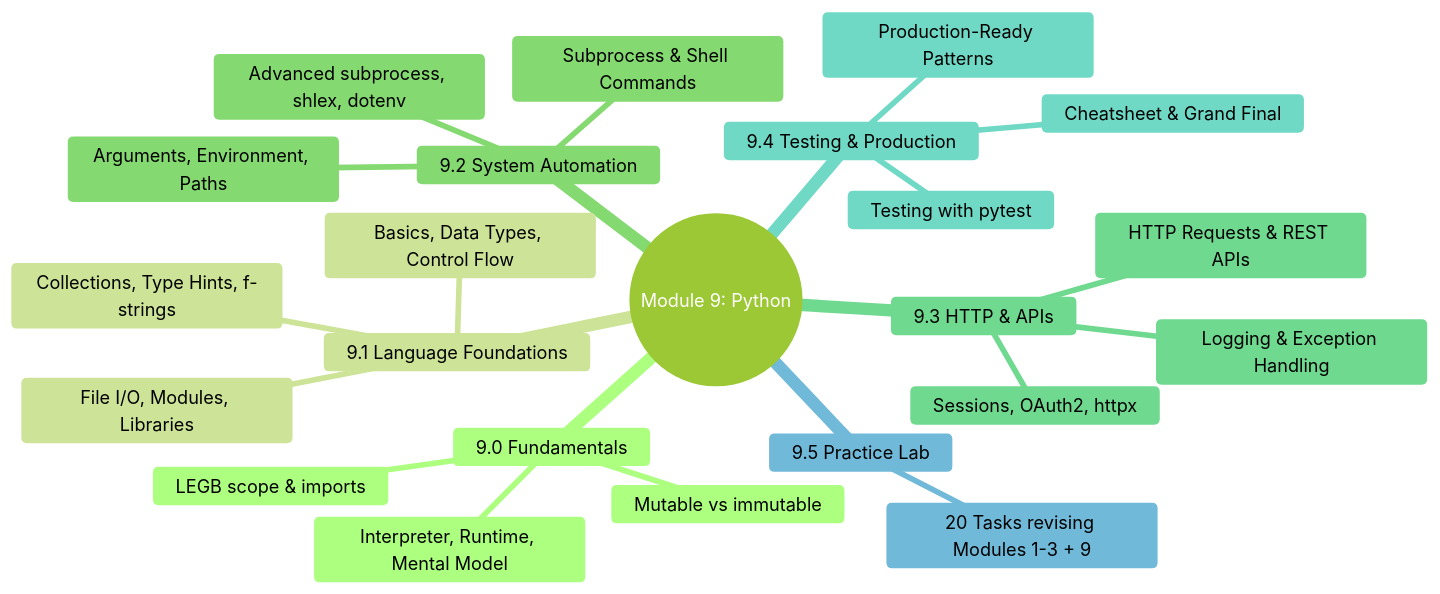
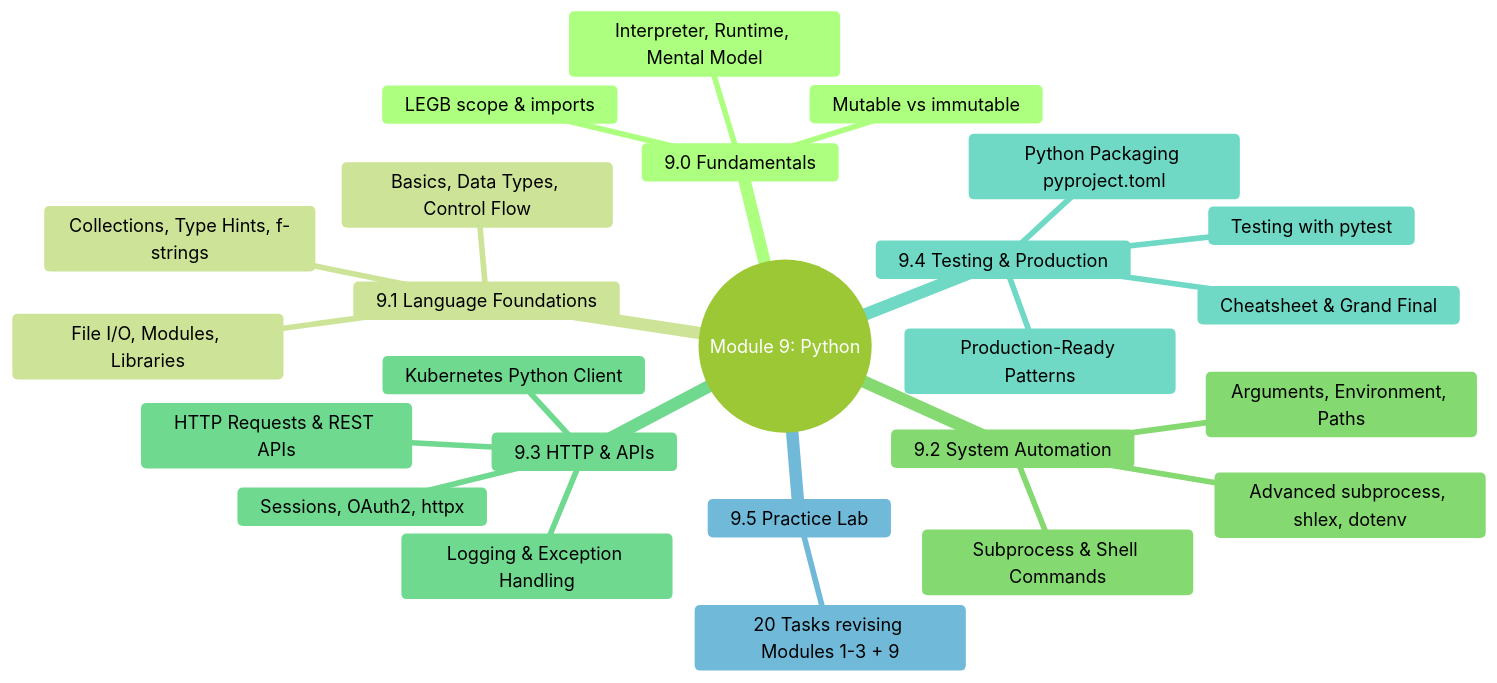
One commit to VidhyadharanSS/PlatformEngineeringNotes changed the first of 4 diagrams in 9-Python/Module_9_Approach_Guide.md. Above: the diagram before and after it, drawn with Mermaid (forest theme). The commit also changed 15 other files, not shown here.

````diff
--- a/9-Python/Module_9_Approach_Guide.md
+++ b/9-Python/Module_9_Approach_Guide.md
@@ -5,26 +5,28 @@
 ```mermaid
 mindmap
   root((Module 9: Python))
     9.0 Fundamentals
       Interpreter, Runtime, Mental Model
       LEGB scope & imports
       Mutable vs immutable
     9.1 Language Foundations
       Basics, Data Types, Control Flow
       File I/O, Modules, Libraries
       Collections, Type Hints, f-strings
     9.2 System Automation
       Subprocess & Shell Commands
       Arguments, Environment, Paths
       Advanced subprocess, shlex, dotenv
     9.3 HTTP & APIs
       Logging & Exception Handling
       HTTP Requests & REST APIs
       Sessions, OAuth2, httpx
+      Kubernetes Python Client
     9.4 Testing & Production
       Testing with pytest
       Production-Ready Patterns
+      Python Packaging pyproject.toml
       Cheatsheet & Grand Final
     9.5 Practice Lab
       20 Tasks revising Modules 1-3 + 9
 ```
````
